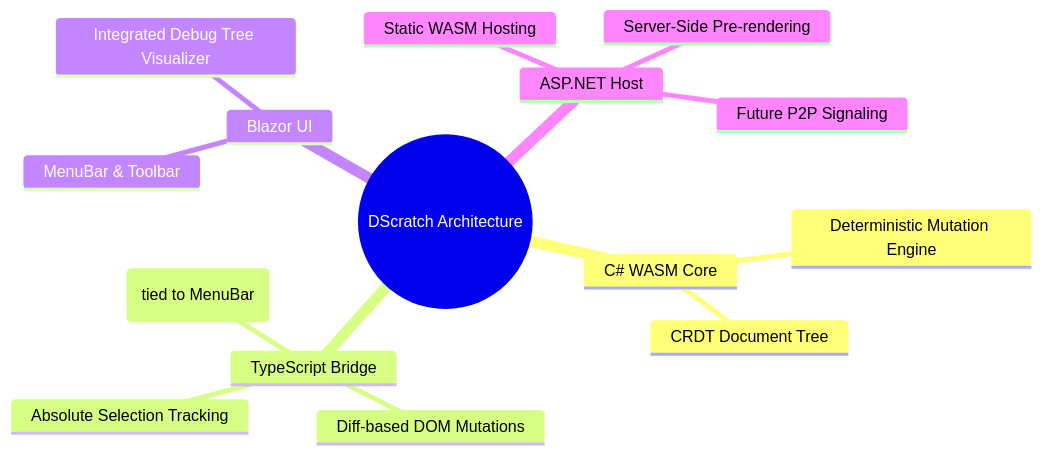
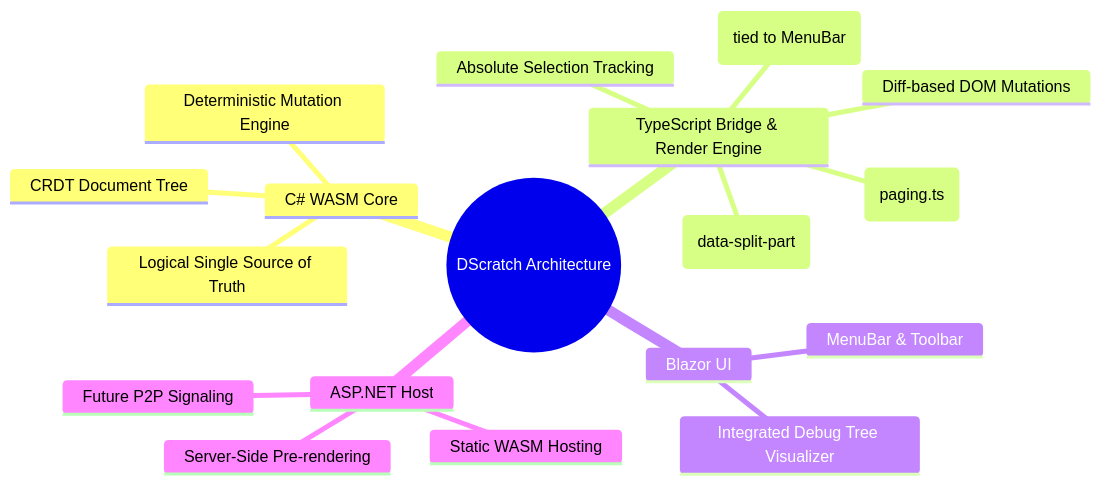
The eighth of 8 diagrams in docs/Architecture.md (LlynBaum/DScratch), drawn with Mermaid before and after one commit. The commit also changed other lines of this file and 3 other files, not shown here.

````diff
--- a/docs/Architecture.md
+++ b/docs/Architecture.md
@@ -378,18 +434,21 @@
 ```mermaid
 mindmap
   root((DScratch Architecture))
     C# WASM Core
       CRDT Document Tree
       Deterministic Mutation Engine
-    TypeScript Bridge
+      Logical Single Source of Truth
+    TypeScript Bridge & Render Engine
       Diff-based DOM Mutations
+      Browser-Native Layout & Pagination (paging.ts)
+      Multi-Page Text Splitting (data-split-part)
       Absolute Selection Tracking
       Document Inline Menus (tied to MenuBar)
     Blazor UI
       MenuBar & Toolbar
       Integrated Debug Tree Visualizer
     ASP.NET Host
       Static WASM Hosting
       Server-Side Pre-rendering
       Future P2P Signaling
 ```
````
